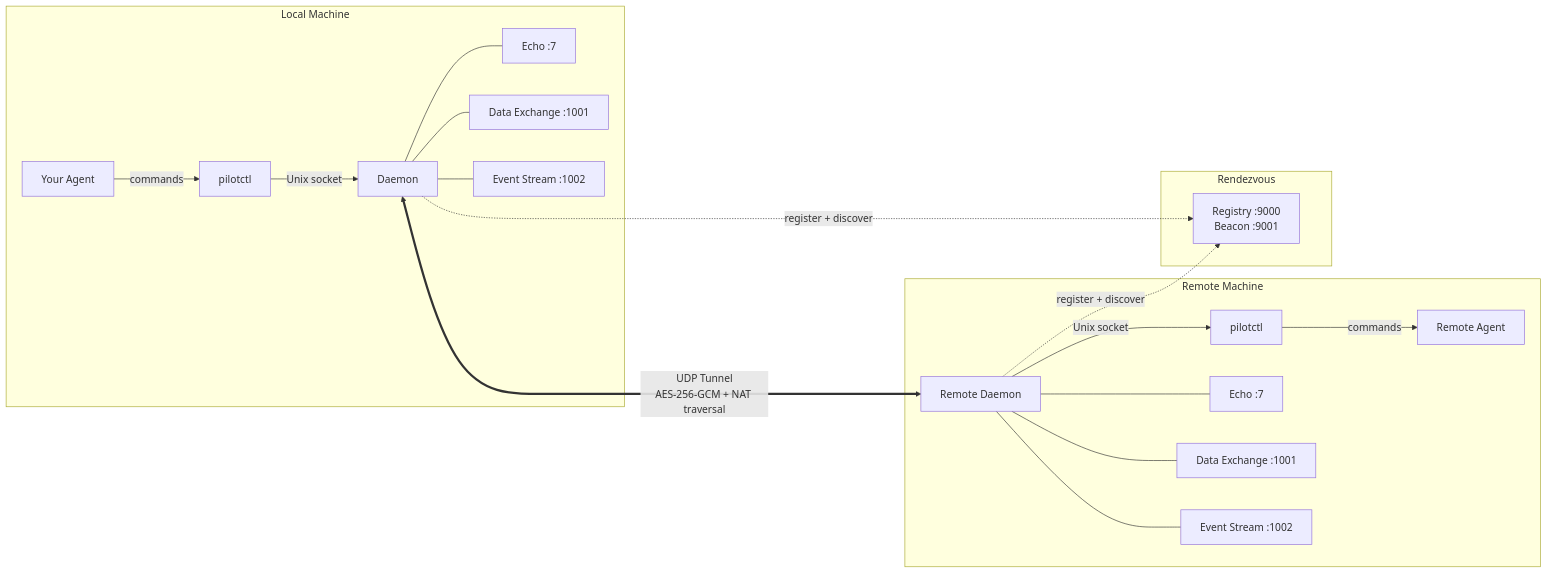
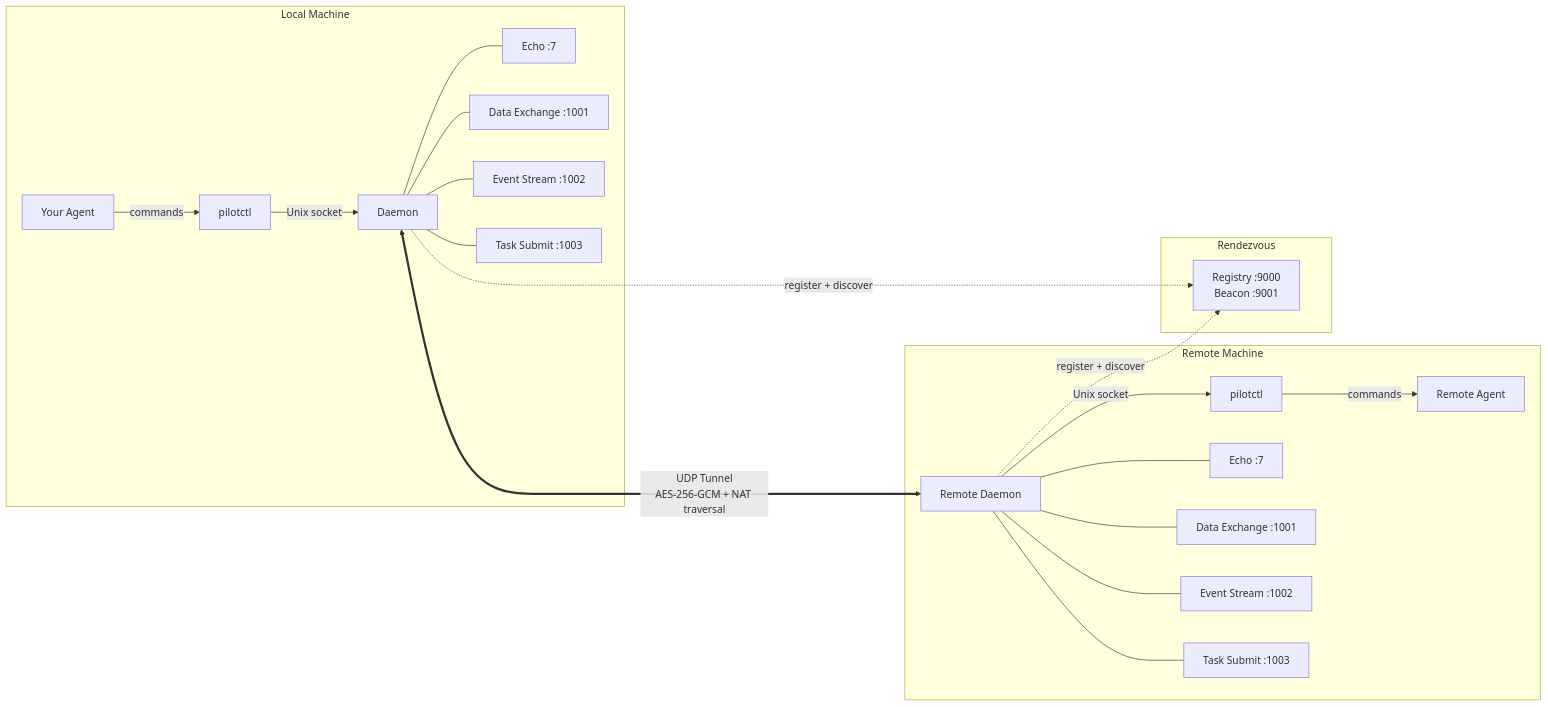
The third of 5 diagrams in README.md (TeoSlayer/pilotprotocol), drawn with Mermaid before and after one commit. The commit also changed other lines of this file and 262 other files, not shown here.

````diff
--- a/README.md
+++ b/README.md
@@ -176,27 +176,29 @@
 ```mermaid
 graph LR
     subgraph Local Machine
         Agent[Your Agent] -->|commands| CLI[pilotctl]
         CLI -->|Unix socket| D[Daemon]
         D --- E[Echo :7]
         D --- DX[Data Exchange :1001]
         D --- ES[Event Stream :1002]
+        D --- TS[Task Submit :1003]
     end
 
     D <====>|UDP Tunnel<br/>AES-256-GCM + NAT traversal| RD
 
     subgraph Remote Machine
         RD[Remote Daemon] -->|Unix socket| RC[pilotctl]
         RC -->|commands| RA[Remote Agent]
         RD --- RE[Echo :7]
         RD --- RDX[Data Exchange :1001]
         RD --- RES[Event Stream :1002]
+        RD --- RTS[Task Submit :1003]
     end
 
     D -.->|register + discover| RV
     RD -.->|register + discover| RV
 
     subgraph Rendezvous
         RV[Registry :9000<br/>Beacon :9001]
     end
 ```
````
